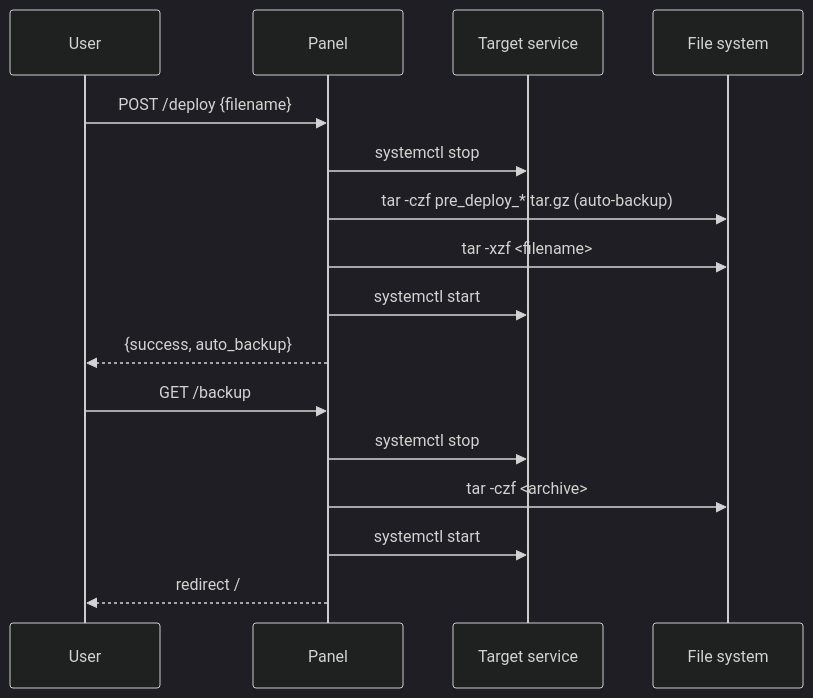
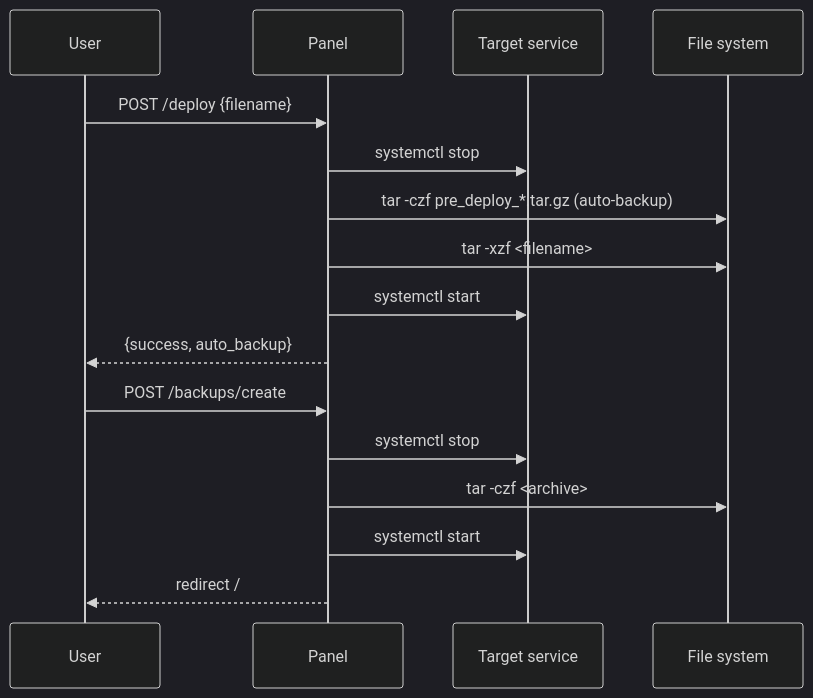
One commit to vanyap1/SystemMngmntService changed the third of 4 diagrams in README.md. Above: the diagram before and after it, drawn with Mermaid (dark theme). The commit also changed other lines of this file and 75 other files, not shown here.

````diff
--- a/README.md
+++ b/README.md
@@ -76,20 +111,20 @@
 ```mermaid
 sequenceDiagram
     participant User
     participant Panel
     participant Service as Target service
     participant FS as File system
 
     User->>Panel: POST /deploy {filename}
     Panel->>Service: systemctl stop
     Panel->>FS: tar -czf pre_deploy_*.tar.gz (auto-backup)
     Panel->>FS: tar -xzf <filename>
     Panel->>Service: systemctl start
     Panel-->>User: {success, auto_backup}
 
-    User->>Panel: GET /backup
+    User->>Panel: POST /backups/create
     Panel->>Service: systemctl stop
     Panel->>FS: tar -czf <archive>
     Panel->>Service: systemctl start
     Panel-->>User: redirect /
 ```
````
